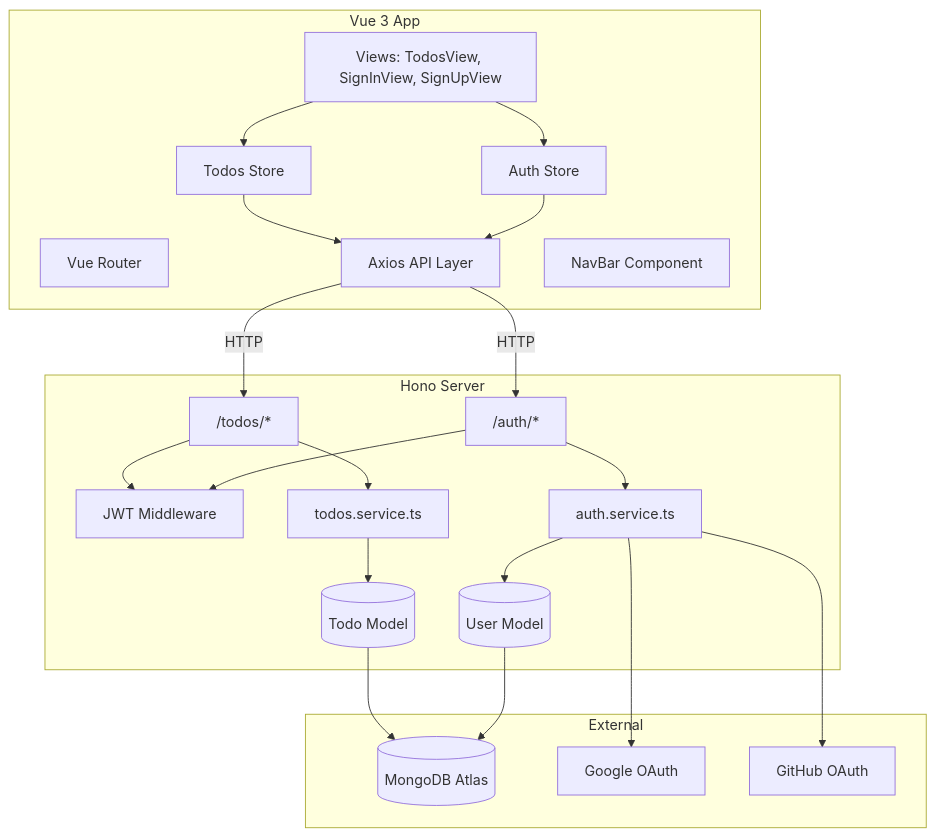
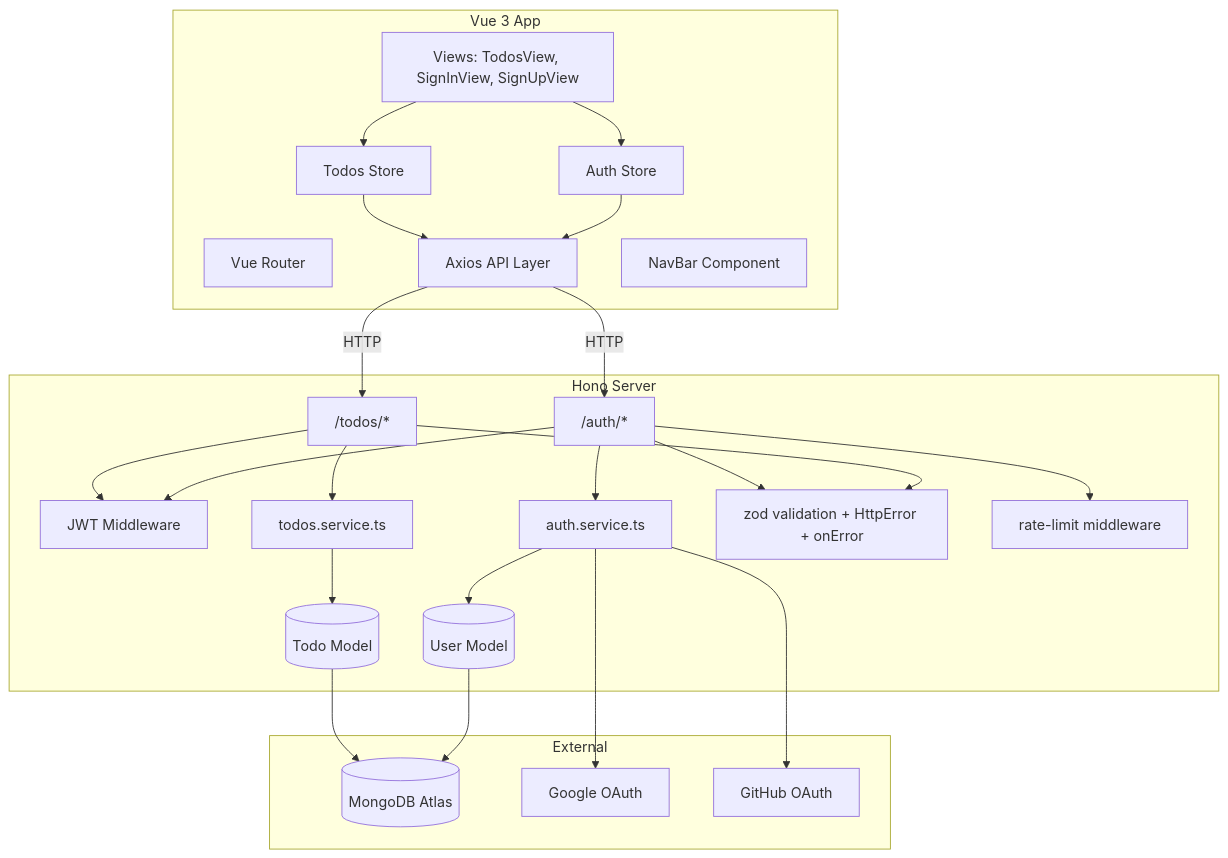
Before and after one commit to YaogoGerard/Todogy: the second of 2 diagrams in docs/04_requirements_to_arch.md, drawn with Mermaid. The commit also changed other lines of this file and 61 other files, not shown here.

````diff
--- a/docs/04_requirements_to_arch.md
+++ b/docs/04_requirements_to_arch.md
@@ -43,44 +43,49 @@
 ```mermaid
 graph TD
     subgraph Frontend [Vue 3 App]
         Router[Vue Router]
         AuthStore[Auth Store]
         TodosStore[Todos Store]
         AxiosAPI[Axios API Layer]
         Views[Views: TodosView, SignInView, SignUpView]
         NavBar[NavBar Component]
     end
 
     subgraph Backend [Hono Server]
         AuthRoutes["/auth/*"]
         TodosRoutes["/todos/*"]
         AuthMiddleware[JWT Middleware]
         AuthService[auth.service.ts]
         TodosService[todos.service.ts]
+        Validation["zod validation + HttpError + onError"]
+        RateLimit["rate-limit middleware"]
         UserModel[(User Model)]
         TodoModel[(Todo Model)]
     end
 
     subgraph External
         MongoDB[(MongoDB Atlas)]
         GoogleOAuth[Google OAuth]
         GitHubOAuth[GitHub OAuth]
     end
 
     Views --> AuthStore
     Views --> TodosStore
     AuthStore --> AxiosAPI
     TodosStore --> AxiosAPI
     AxiosAPI -->|HTTP| AuthRoutes
     AxiosAPI -->|HTTP| TodosRoutes
     AuthRoutes --> AuthService
     AuthRoutes --> AuthMiddleware
+    AuthRoutes --> RateLimit
     TodosRoutes --> AuthMiddleware
     TodosRoutes --> TodosService
+    TodosRoutes --> Validation
+    AuthRoutes --> Validation
     AuthService --> UserModel
     TodosService --> TodoModel
     AuthService --> GoogleOAuth
     AuthService --> GitHubOAuth
     UserModel --> MongoDB
     TodoModel --> MongoDB
 ```
````
